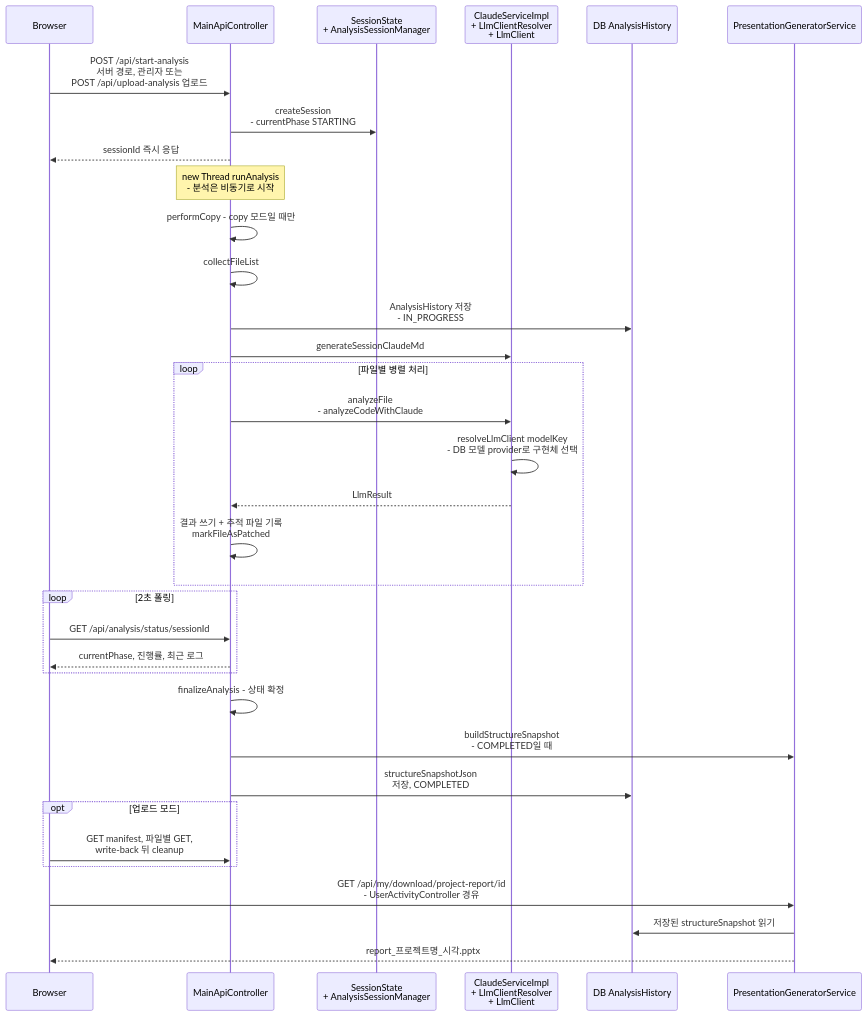
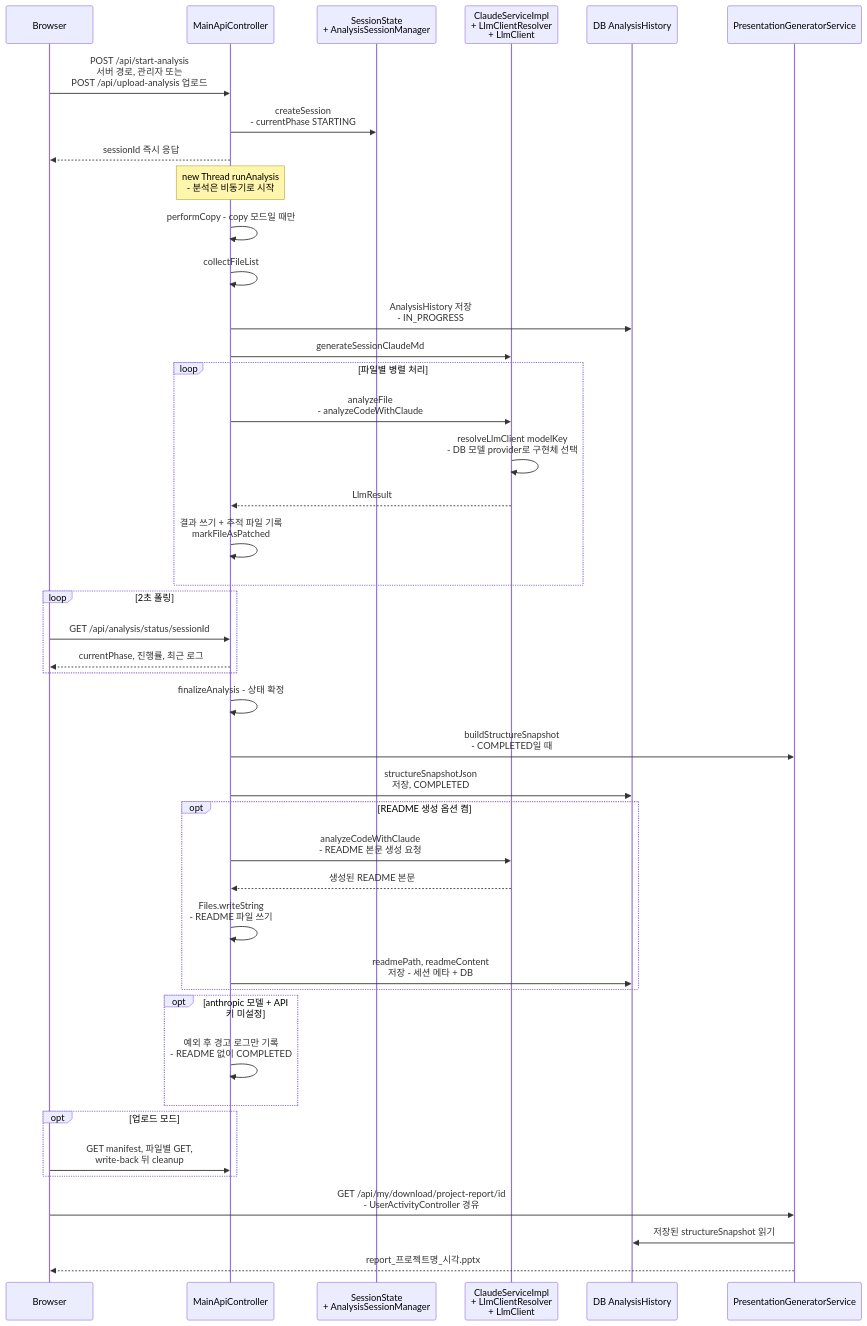
One commit to it1657/legacy-analyzer changed the first of 3 diagrams in docs/README.md. Above: the diagram before and after it, drawn with Mermaid. The commit also changed other lines of this file and 2 other files, not shown here.

First line of the commit message:
[2026-09-doc-currency-v2] REQ-001~003 README mermaid 3종 보강·신설 + 토큰 문서 현행화 (TASK-001~010) — 근거: 04-work-order-v9, 시작 커밋: d128ba968c2549032e27ddd8bedbe2f7abb062ee

````diff
--- a/docs/README.md
+++ b/docs/README.md
@@ -40,36 +40,45 @@
 ```mermaid
 sequenceDiagram
     participant B as Browser
     participant C as MainApiController
     participant S as SessionState<br/>+ AnalysisSessionManager
     participant L as ClaudeServiceImpl<br/>+ LlmClientResolver<br/>+ LlmClient
     participant D as DB AnalysisHistory
     participant P as PresentationGeneratorService
     B->>C: POST /api/start-analysis<br/>서버 경로, 관리자 또는<br/>POST /api/upload-analysis 업로드
     C->>S: createSession<br/>- currentPhase STARTING
     C-->>B: sessionId 즉시 응답
     Note over C: new Thread runAnalysis<br/>- 분석은 비동기로 시작
     C->>C: performCopy - copy 모드일 때만
     C->>C: collectFileList
     C->>D: AnalysisHistory 저장<br/>- IN_PROGRESS
     C->>L: generateSessionClaudeMd
     loop 파일별 병렬 처리
         C->>L: analyzeFile<br/>- analyzeCodeWithClaude
         L->>L: resolveLlmClient modelKey<br/>- DB 모델 provider로 구현체 선택
         L-->>C: LlmResult
         C->>C: 결과 쓰기 + 추적 파일 기록<br/>markFileAsPatched
     end
     loop 2초 폴링
         B->>C: GET /api/analysis/status/sessionId
         C-->>B: currentPhase, 진행률, 최근 로그
     end
     C->>C: finalizeAnalysis - 상태 확정
     C->>P: buildStructureSnapshot<br/>- COMPLETED일 때
     C->>D: structureSnapshotJson<br/>저장, COMPLETED
+    opt README 생성 옵션 켬
+        C->>L: analyzeCodeWithClaude<br/>- README 본문 생성 요청
+        L-->>C: 생성된 README 본문
+        C->>C: Files.writeString<br/>- README 파일 쓰기
+        C->>D: readmePath, readmeContent<br/>저장 - 세션 메타 + DB
+    end
+    opt anthropic 모델 + API 키 미설정
+        C->>C: 예외 후 경고 로그만 기록<br/>- README 없이 COMPLETED
+    end
     opt 업로드 모드
         B->>C: GET manifest, 파일별 GET,<br/>write-back 뒤 cleanup
     end
     B->>P: GET /api/my/download/project-report/id<br/>- UserActivityController 경유
     P->>D: 저장된 structureSnapshot 읽기
     P-->>B: report_프로젝트명_시각.pptx
 ```
````
